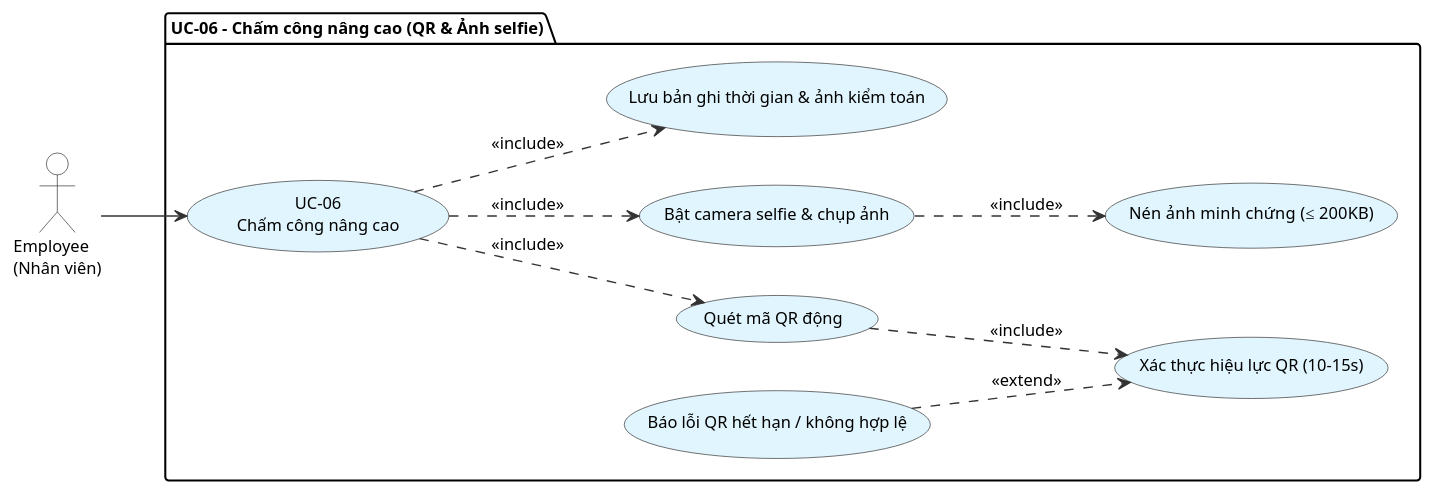
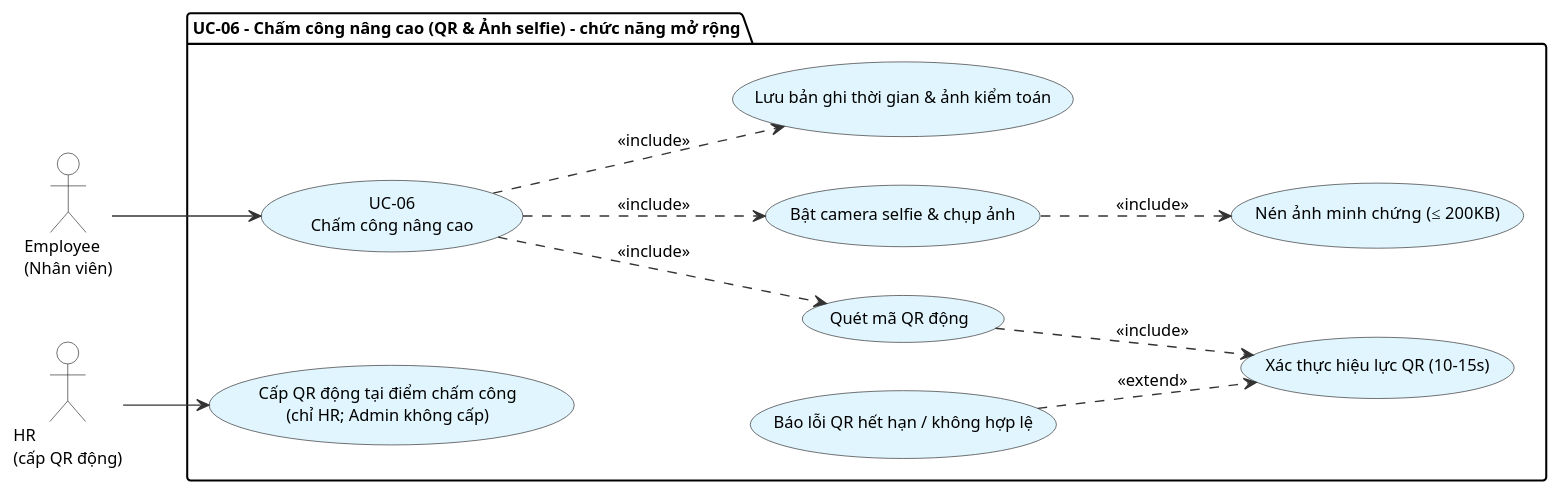
One commit to gihan160306/HRFlow changed the diagram in docs/uml/usecase/uc06_qr_attendance.puml. Above: the diagram before and after it, drawn with PlantUML. The commit also changed 16 other files, not shown here.

```diff
--- a/docs/uml/usecase/uc06_qr_attendance.puml
+++ b/docs/uml/usecase/uc06_qr_attendance.puml
@@ -1,49 +1,52 @@
 @startuml uc06_qr_attendance
 skinparam defaultFontColor #000000
 skinparam defaultFontSize 12
 skinparam backgroundColor #FFFFFF
 
 skinparam actor {
     BorderColor #333333
     BackgroundColor #FFFFFF
     FontColor #000000
 }
 
 skinparam usecase {
     BorderColor #333333
     BackgroundColor #E1F5FE
     FontColor #000000
     ArrowColor #333333
     ArrowFontColor #000000
 }
 
 skinparam package {
     BorderColor #000000
     FontColor #000000
     BackgroundColor #FFFFFF
 }
 
 left to right direction
 
 actor "Employee\n(Nhân viên)" as Employee
+actor "HR\n(cấp QR động)" as HR
 
-package "UC-06 - Chấm công nâng cao (QR & Ảnh selfie)" {
+package "UC-06 - Chấm công nâng cao (QR & Ảnh selfie) – chức năng mở rộng" {
+    usecase "Cấp QR động tại điểm chấm công\n(chỉ HR; Admin không cấp)" as UC_Issue
     usecase "UC-06\nChấm công nâng cao" as UC06
     usecase "Quét mã QR động" as UC_Scan
     usecase "Xác thực hiệu lực QR (10-15s)" as UC_AuthQR
     usecase "Bật camera selfie & chụp ảnh" as UC_Selfie
     usecase "Nén ảnh minh chứng (≤ 200KB)" as UC_Compress
     usecase "Lưu bản ghi thời gian & ảnh kiểm toán" as UC_Save
     usecase "Báo lỗi QR hết hạn / không hợp lệ" as UC_ErrQR
 }
 
 Employee --> UC06
+HR --> UC_Issue
 
 UC06 ..> UC_Scan : <<include>>
 UC_Scan ..> UC_AuthQR : <<include>>
 UC06 ..> UC_Selfie : <<include>>
 UC_Selfie ..> UC_Compress : <<include>>
 UC06 ..> UC_Save : <<include>>
 UC_ErrQR ..> UC_AuthQR : <<extend>>
 
 @enduml
```
